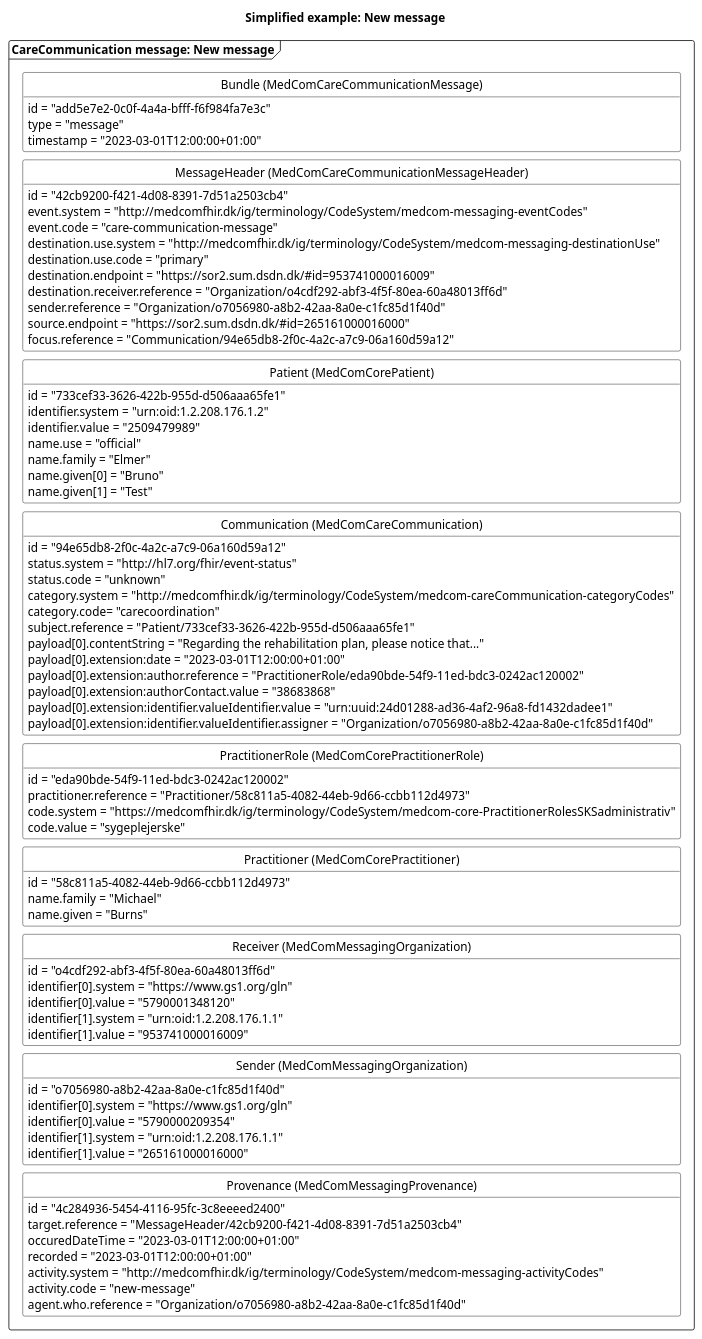
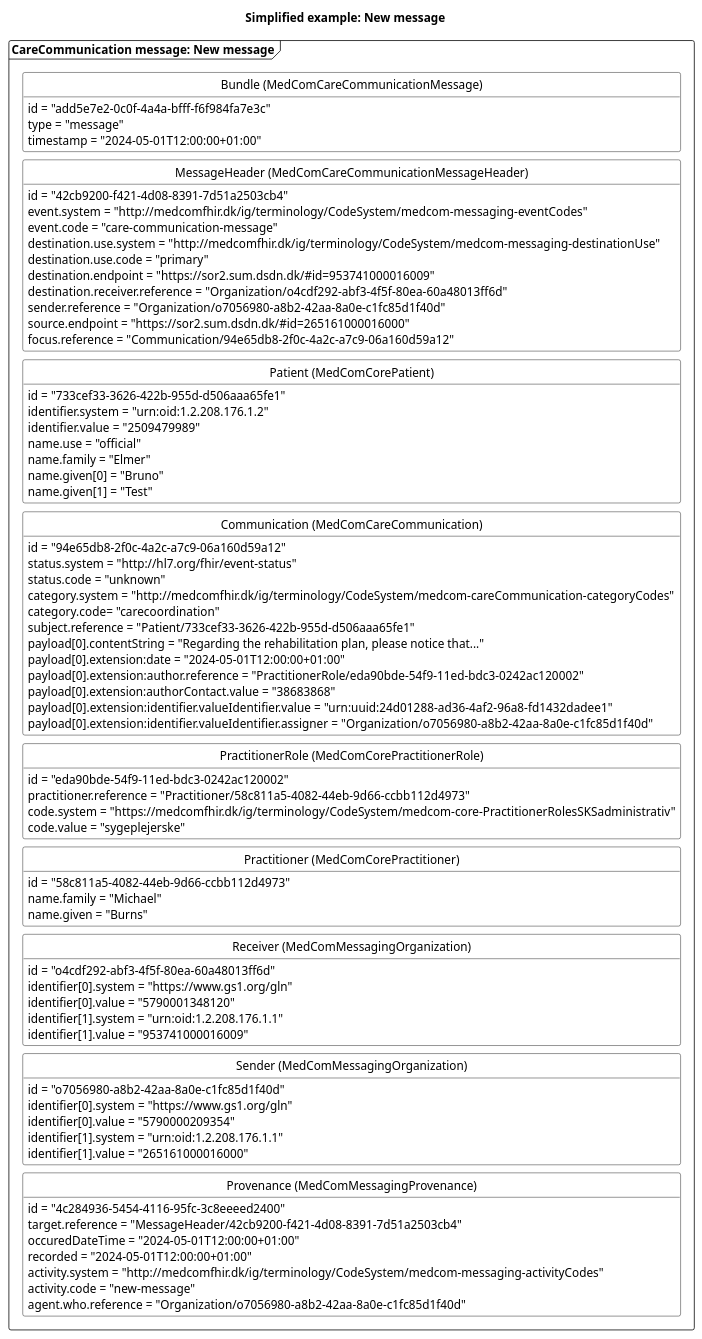
Before and after one commit to medcomdk/dk-medcom-carecommunication: the diagram in puml/CareCommunicationNewMessage.puml, drawn with PlantUML. The commit also changed 20 other files, not shown here.

```diff
--- a/puml/CareCommunicationNewMessage.puml
+++ b/puml/CareCommunicationNewMessage.puml
@@ -1,105 +1,105 @@
 @startuml CCNewMessage
 
 'layout
 skinparam class {
     BackgroundColor White
     BorderColor Black
     ArrowColor Black
   }
 hide circle
 hide empty members
 skinparam SameClassWidth true
 skinparam Ranksep 10
 
 
 'title
 title Simplified example: New message
 
 'Message 1: New message
 package "CareCommunication message: New message" as new <<Frame>>{
     class "Bundle (MedComCareCommunicationMessage)" as newB {
         id = "add5e7e2-0c0f-4a4a-bfff-f6f984fa7e3c"
         type = "message"
-        timestamp = "2023-03-01T12:00:00+01:00"
+        timestamp = "2024-05-01T12:00:00+01:00"
     }
     class "MessageHeader (MedComCareCommunicationMessageHeader)" as newMH{
         id = "42cb9200-f421-4d08-8391-7d51a2503cb4"
         event.system = "http://medcomfhir.dk/ig/terminology/CodeSystem/medcom-messaging-eventCodes"
         event.code = "care-communication-message"
         destination.use.system = "http://medcomfhir.dk/ig/terminology/CodeSystem/medcom-messaging-destinationUse"
         destination.use.code = "primary"
         destination.endpoint = "https://sor2.sum.dsdn.dk/#id=953741000016009"
         destination.receiver.reference = "Organization/o4cdf292-abf3-4f5f-80ea-60a48013ff6d"
         sender.reference = "Organization/o7056980-a8b2-42aa-8a0e-c1fc85d1f40d"
         source.endpoint = "https://sor2.sum.dsdn.dk/#id=265161000016000"
         focus.reference = "Communication/94e65db8-2f0c-4a2c-a7c9-06a160d59a12"
     }
     class "Patient (MedComCorePatient)" as newPT{
         id = "733cef33-3626-422b-955d-d506aaa65fe1"
         identifier.system = "urn:oid:1.2.208.176.1.2"
         identifier.value = "2509479989"
         name.use = "official"
         name.family = "Elmer"
         name.given[0] = "Bruno"
         name.given[1] = "Test"
     }
     class "Communication (MedComCareCommunication)" as newCom{
         id = "94e65db8-2f0c-4a2c-a7c9-06a160d59a12"
         status.system = "http://hl7.org/fhir/event-status" 
         status.code = "unknown"
         category.system = "http://medcomfhir.dk/ig/terminology/CodeSystem/medcom-careCommunication-categoryCodes"
         category.code= "carecoordination"
         subject.reference = "Patient/733cef33-3626-422b-955d-d506aaa65fe1"
         payload[0].contentString = "Regarding the rehabilitation plan, please notice that..."
-        payload[0].extension:date = "2023-03-01T12:00:00+01:00"
+        payload[0].extension:date = "2024-05-01T12:00:00+01:00"
         payload[0].extension:author.reference = "PractitionerRole/eda90bde-54f9-11ed-bdc3-0242ac120002"
         payload[0].extension:authorContact.value = "38683868"
         payload[0].extension:identifier.valueIdentifier.value = "urn:uuid:24d01288-ad36-4af2-96a8-fd1432dadee1"
         payload[0].extension:identifier.valueIdentifier.assigner = "Organization/o7056980-a8b2-42aa-8a0e-c1fc85d1f40d"
     }
     class "PractitionerRole (MedComCorePractitionerRole)" as newPracR{
         id = "eda90bde-54f9-11ed-bdc3-0242ac120002"
         practitioner.reference = "Practitioner/58c811a5-4082-44eb-9d66-ccbb112d4973"
         code.system = "https://medcomfhir.dk/ig/terminology/CodeSystem/medcom-core-PractitionerRolesSKSadministrativ"
         code.value = "sygeplejerske"
     }
     class "Practitioner (MedComCorePractitioner)" as newPrac{
         id = "58c811a5-4082-44eb-9d66-ccbb112d4973"
         name.family = "Michael"
         name.given = "Burns"
     }
     class "Receiver (MedComMessagingOrganization)" as newROrg{
         id = "o4cdf292-abf3-4f5f-80ea-60a48013ff6d"
         identifier[0].system = "https://www.gs1.org/gln"
         identifier[0].value = "5790001348120"
         identifier[1].system = "urn:oid:1.2.208.176.1.1"
         identifier[1].value = "953741000016009"
     }
     class "Sender (MedComMessagingOrganization)" as newSOrg{
         id = "o7056980-a8b2-42aa-8a0e-c1fc85d1f40d"
         identifier[0].system = "https://www.gs1.org/gln"
         identifier[0].value = "5790000209354"
         identifier[1].system = "urn:oid:1.2.208.176.1.1"
         identifier[1].value = "265161000016000"
     }
     class "Provenance (MedComMessagingProvenance)" as newPRO{
         id = "4c284936-5454-4116-95fc-3c8eeeed2400"
         target.reference = "MessageHeader/42cb9200-f421-4d08-8391-7d51a2503cb4"
-        occuredDateTime = "2023-03-01T12:00:00+01:00"
-        recorded = "2023-03-01T12:00:00+01:00"
+        occuredDateTime = "2024-05-01T12:00:00+01:00"
+        recorded = "2024-05-01T12:00:00+01:00"
         activity.system = "http://medcomfhir.dk/ig/terminology/CodeSystem/medcom-messaging-activityCodes"
         activity.code = "new-message"
         agent.who.reference = "Organization/o7056980-a8b2-42aa-8a0e-c1fc85d1f40d"
     }
 
 newB -[hidden]- newMH
 newMH -[hidden]-newPT
 newPT-[hidden]-newCom
 newCom -[hidden]-newPracR
 newPracR-[hidden]-newPrac
 newPrac-[hidden]-newROrg
 newROrg-[hidden]- newSOrg
 newSOrg-[hidden]-newPRO
 
 
 @enduml
```
